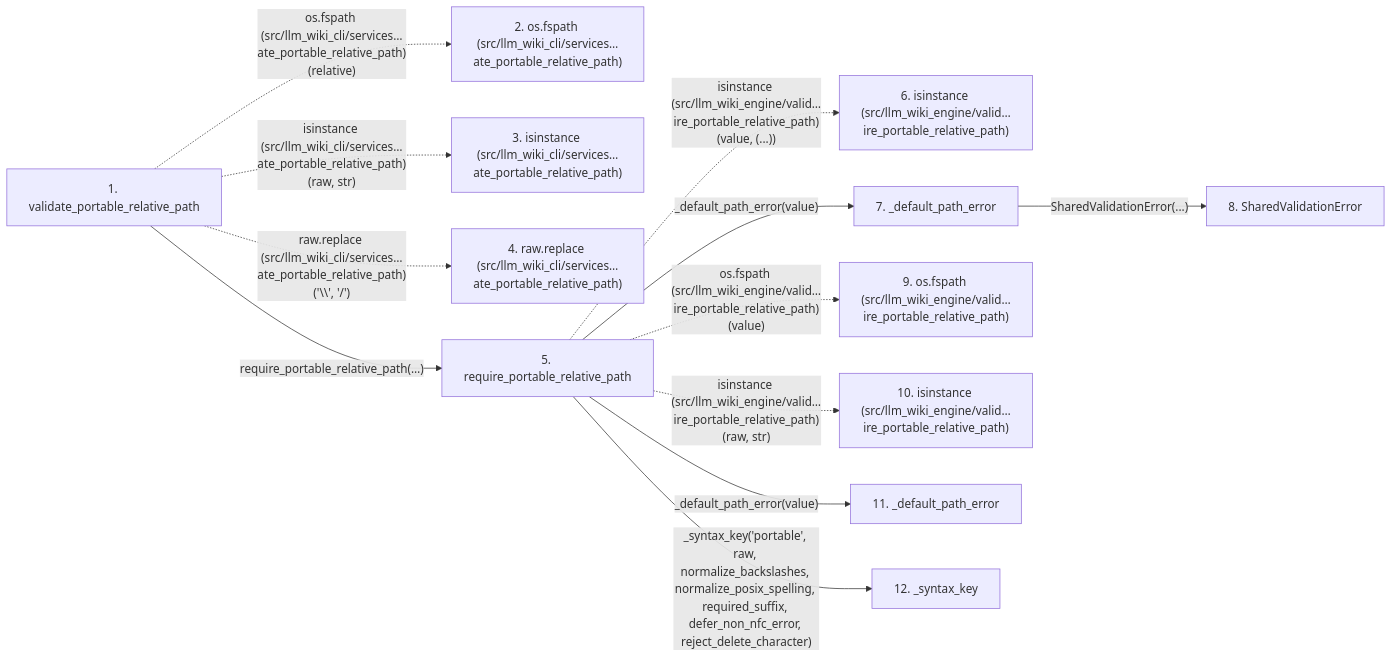
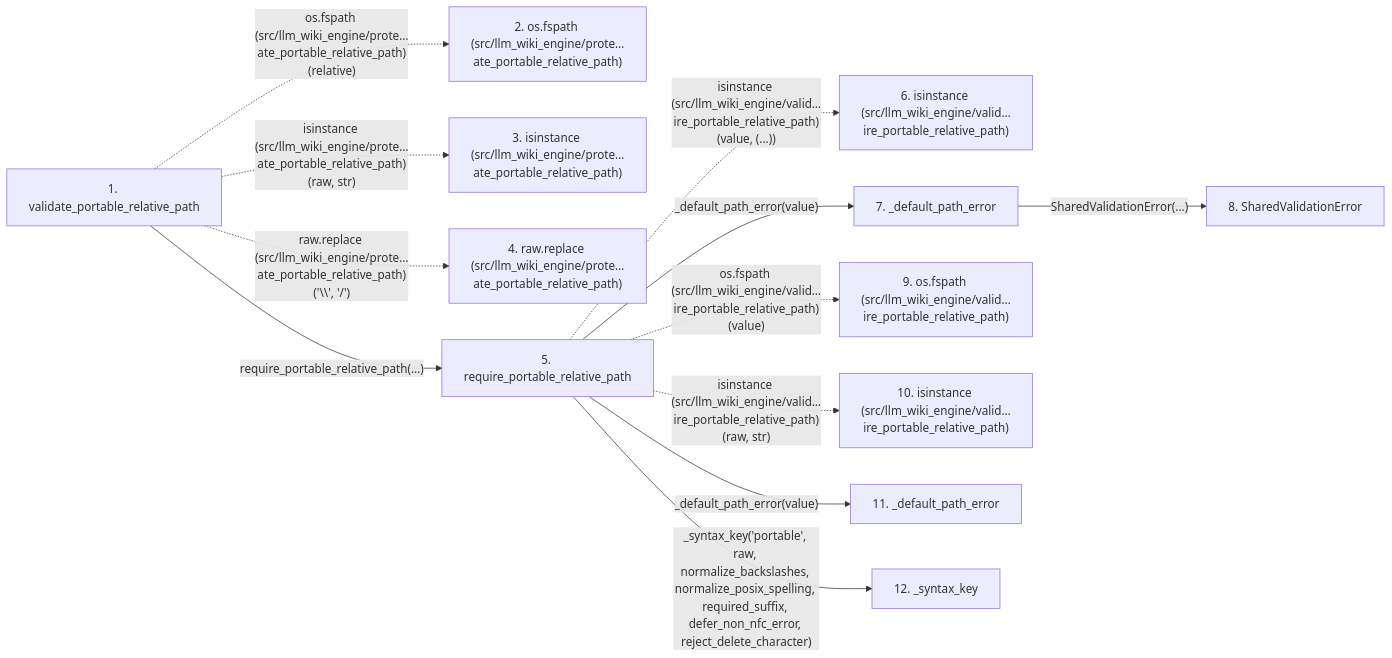
The second of 2 diagrams in docs/llm_wiki/flows/api-validate_portable_relative_path.md (Denissvgn/python-wiki-llm), drawn with Mermaid before and after one commit. The commit also changed other lines of this file and 739 other files, not shown here.

First line of the commit message:
docs: refresh the wiki for the second engine batch

````diff
--- a/docs/llm_wiki/flows/api-validate_portable_relative_path.md
+++ b/docs/llm_wiki/flows/api-validate_portable_relative_path.md
@@ -126,32 +126,32 @@
 ```mermaid
 flowchart LR
     s1["1. validate_portable_relative_path"]
-    s2["2. os.fspath (src/llm_wiki_cli/services…ate_portable_relative_path)"]
-    s3["3. isinstance (src/llm_wiki_cli/services…ate_portable_relative_path)"]
-    s4["4. raw.replace (src/llm_wiki_cli/services…ate_portable_relative_path)"]
+    s2["2. os.fspath (src/llm_wiki_engine/prote…ate_portable_relative_path)"]
+    s3["3. isinstance (src/llm_wiki_engine/prote…ate_portable_relative_path)"]
+    s4["4. raw.replace (src/llm_wiki_engine/prote…ate_portable_relative_path)"]
     s5["5. require_portable_relative_path"]
     s6["6. isinstance (src/llm_wiki_engine/valid…ire_portable_relative_path)"]
     s7["7. _default_path_error"]
     s8["8. SharedValidationError"]
     s9["9. os.fspath (src/llm_wiki_engine/valid…ire_portable_relative_path)"]
     s10["10. isinstance (src/llm_wiki_engine/valid…ire_portable_relative_path)"]
     s11["11. _default_path_error"]
     s12["12. _syntax_key"]
-    s1 -. "os.fspath (src/llm_wiki_cli/services…ate_portable_relative_path)(relative)" .-> s2
-    s1 -. "isinstance (src/llm_wiki_cli/services…ate_portable_relative_path)(raw, str)" .-> s3
-    s1 -. "raw.replace (src/llm_wiki_cli/services…ate_portable_relative_path)('\\', '/')" .-> s4
+    s1 -. "os.fspath (src/llm_wiki_engine/prote…ate_portable_relative_path)(relative)" .-> s2
+    s1 -. "isinstance (src/llm_wiki_engine/prote…ate_portable_relative_path)(raw, str)" .-> s3
+    s1 -. "raw.replace (src/llm_wiki_engine/prote…ate_portable_relative_path)('\\', '/')" .-> s4
     s1 -->|"require_portable_relative_path(…)"| s5
     s5 -. "isinstance (src/llm_wiki_engine/valid…ire_portable_relative_path)(value, (...))" .-> s6
     s5 -->|"_default_path_error(value)"| s7
     s7 -->|"SharedValidationError(...)"| s8
     s5 -. "os.fspath (src/llm_wiki_engine/valid…ire_portable_relative_path)(value)" .-> s9
     s5 -. "isinstance (src/llm_wiki_engine/valid…ire_portable_relative_path)(raw, str)" .-> s10
     s5 -->|"_default_path_error(value)"| s11
     s5 -->|"_syntax_key('portable', raw, normalize_backslashes, normalize_posix_spelling, required_suffix, defer_non_nfc_error, reject_delete_character)"| s12
     click s1 "../modules/protected_artifacts.md"
     click s5 "../modules/validation.md"
     click s7 "../modules/validation.md"
     click s8 "../modules/validation.md"
     click s11 "../modules/validation.md"
     click s12 "../modules/validation.md"
 ```
````
